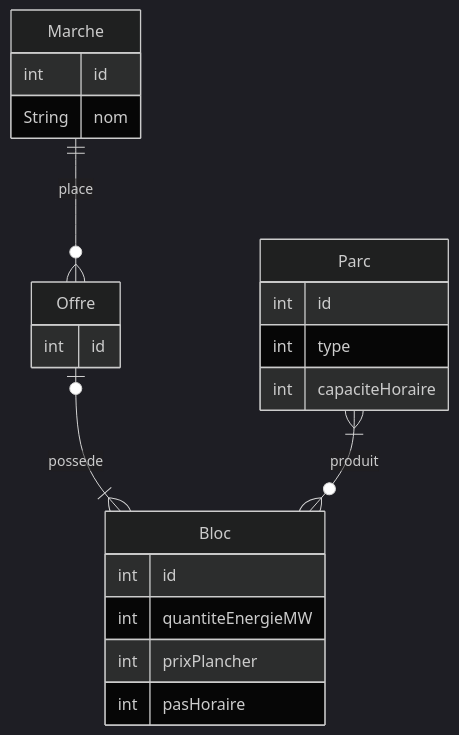
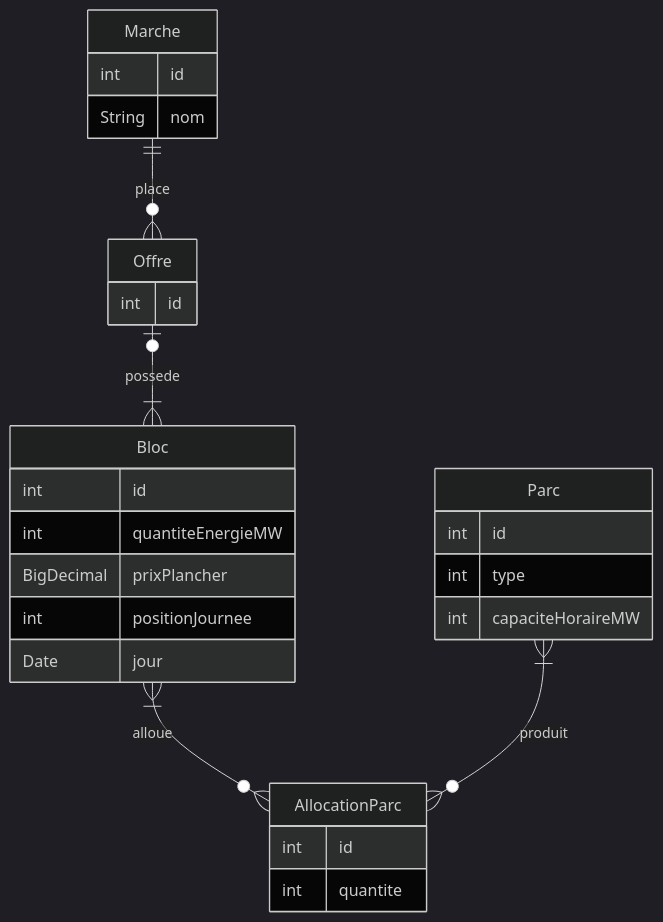
Before and after one commit to julienmeritte/ags-kata: the diagram in docs/mermaid/domain.mmd, drawn with Mermaid (dark theme). The commit also changed 29 other files, not shown here.

```diff
--- a/docs/mermaid/domain.mmd
+++ b/docs/mermaid/domain.mmd
@@ -1,22 +1,28 @@
 erDiagram
     m[Marche] {
         int id
         String nom
     }
-    m ||--o{ o: place
     o[Offre] {
         int id
     }
+    m ||--o{ o: place
     o |o--|{ b: possede
     b[Bloc] {
         int id
         int quantiteEnergieMW
-        int prixPlancher
-        int pasHoraire
+        BigDecimal prixPlancher
+        int positionJournee
+        Date jour
     }
     p[Parc] {
         int id
         int type
-        int capaciteHoraire
+        int capaciteHoraireMW
     }
-    p }|--o{ b: produit
+    a[AllocationParc] {
+        int id
+        int quantite
+    }
+    b }|--o{ a: alloue
+    p }|--o{ a: produit
```
